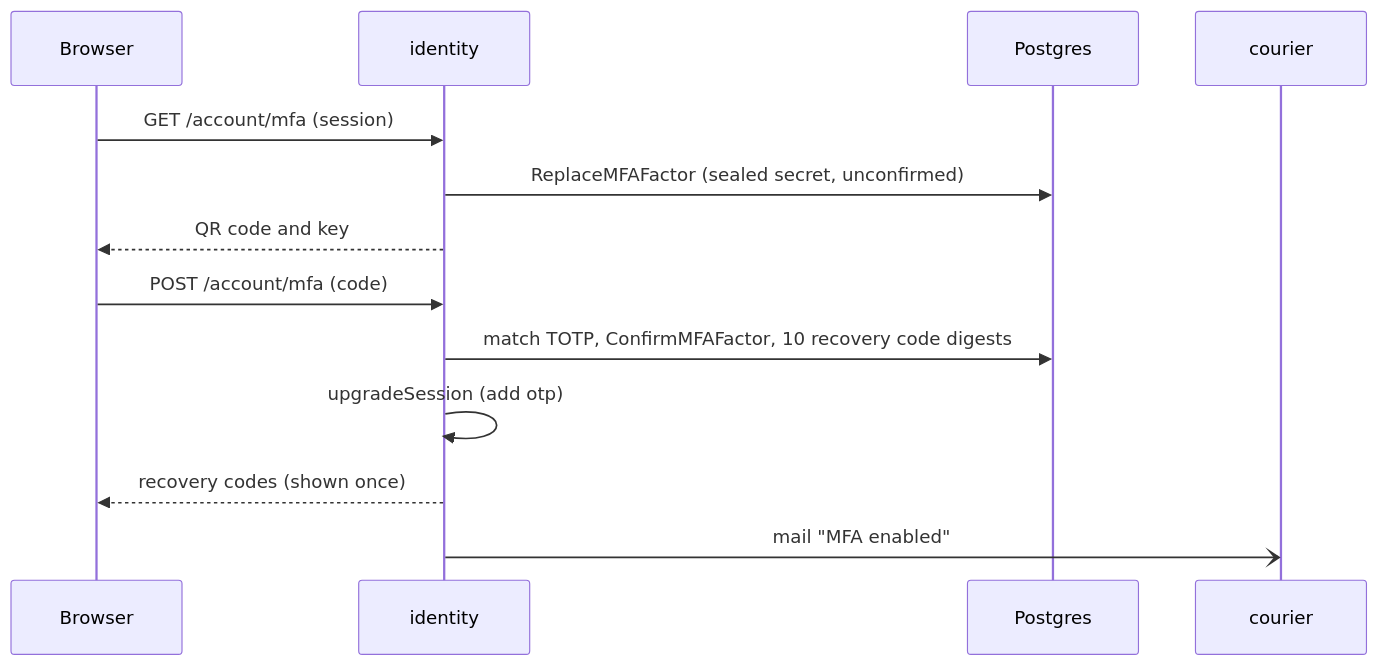
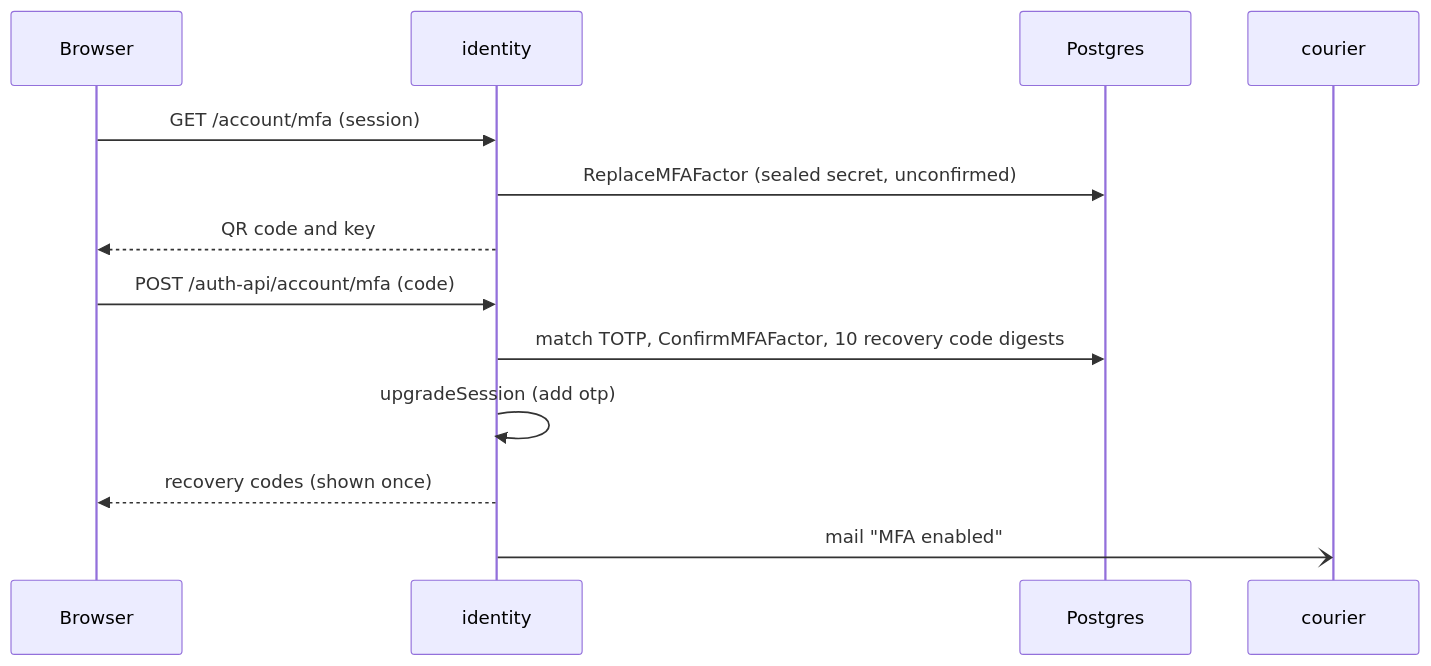
One commit to huponx/identity changed diagram 15 of 21 in docs/flows.md. Above: the diagram before and after it, drawn with Mermaid. The commit also changed other lines of this file and 32 other files, not shown here.

````diff
--- a/docs/flows.md
+++ b/docs/flows.md
@@ -620,16 +636,16 @@
 ```mermaid
 sequenceDiagram
     participant B as Browser
     participant I as identity
     participant P as Postgres
     participant C as courier
 
     B->>I: GET /account/mfa (session)
     I->>P: ReplaceMFAFactor (sealed secret, unconfirmed)
     I-->>B: QR code and key
-    B->>I: POST /account/mfa (code)
+    B->>I: POST /auth-api/account/mfa (code)
     I->>P: match TOTP, ConfirmMFAFactor, 10 recovery code digests
     I->>I: upgradeSession (add otp)
     I-->>B: recovery codes (shown once)
     I-)C: mail "MFA enabled"
 ```
````
